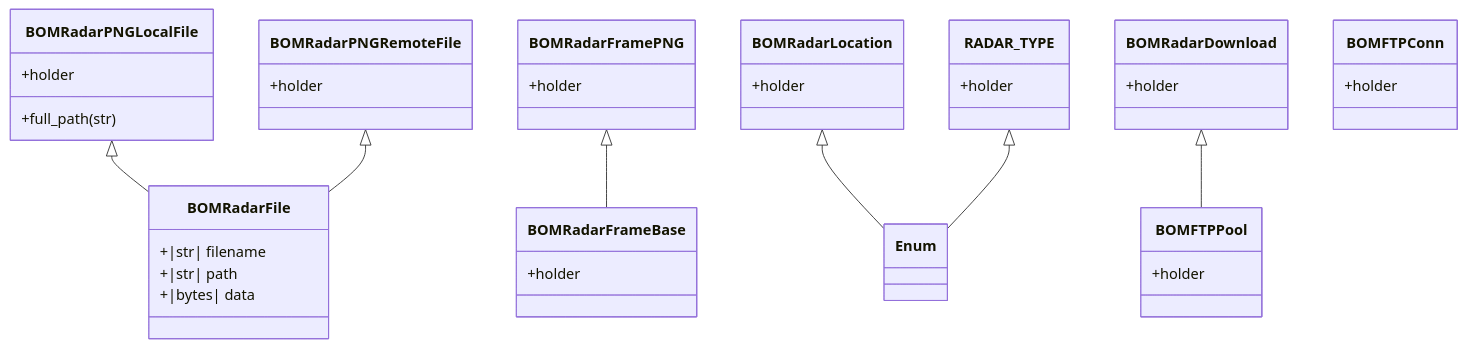
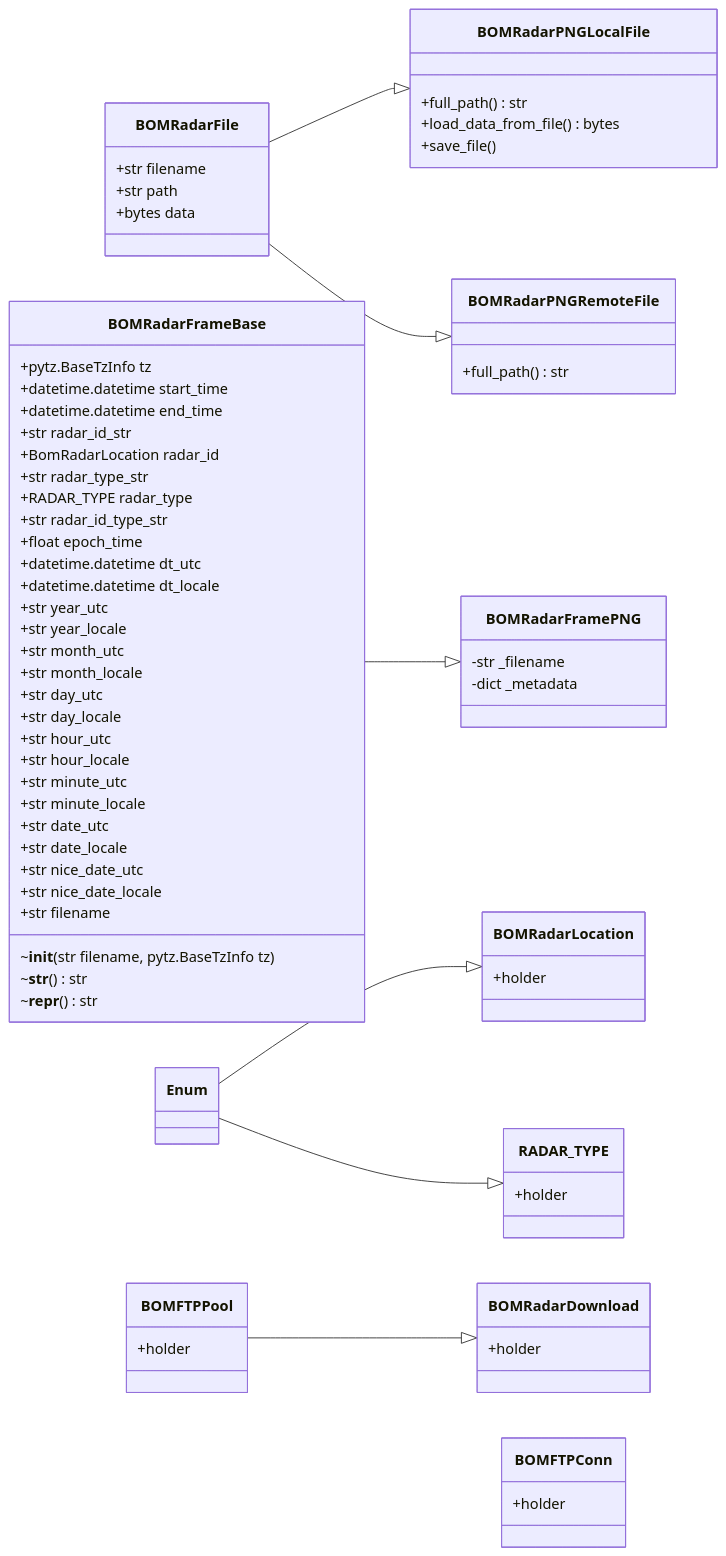
One commit to sugarlata/aus-weather-data changed the diagram in docs/source/classes/radar.md. Above: the diagram before and after it, drawn with Mermaid. The commit also changed other lines of this file and 45 other files, not shown here.

Commit message:
Improves download and repo architecture

````diff
--- a/docs/source/classes/radar.md
+++ b/docs/source/classes/radar.md
@@ -39,7 +39,9 @@
 ```mermaid
+
 
 classDiagram
 
+direction RL
 BOMRadarPNGLocalFile <|-- BOMRadarFile
 BOMRadarPNGRemoteFile <|-- BOMRadarFile
 BOMRadarFramePNG <|-- BOMRadarFrameBase
@@ -47,30 +49,59 @@
 RADAR_TYPE <|-- Enum
 BOMRadarDownload <|-- BOMFTPPool
 
-class BOMRadarFile {
-    +|str| filename
-    +|str| path
-    +|bytes| data
+class BOMRadarFile{
+    +str filename
+    +str path
+    +bytes data
 }
 
-class BOMRadarPNGLocalFile{
-    +full_path(str)
+class BOMRadarPNGLocalFile~BOMRadarFile~{
+    +full_path() str
+    +load_data_from_file() bytes
+    +save_file()
 }
 
-class BOMRadarPNGLocalFile {
-    +holder
-}
-
-class BOMRadarPNGRemoteFile {
-    +holder
+class BOMRadarPNGRemoteFile~BOMRadarFile~{
+    +full_path() str
 }
 
 class BOMRadarFrameBase {
-    +holder
+    +pytz.BaseTzInfo tz
+    +datetime.datetime start_time
+    +datetime.datetime end_time
+    ~__init__(str filename, pytz.BaseTzInfo tz)
+    ~__str__() str
+    ~__repr__() str
+    +str radar_id_str
+    +BomRadarLocation radar_id
+    +str radar_type_str
+    +RADAR_TYPE radar_type
+    +str radar_id_type_str
+    +float epoch_time
+    +datetime.datetime dt_utc
+    +datetime.datetime dt_locale
+    +str year_utc
+    +str year_locale
+    +str month_utc
+    +str month_locale
+    +str day_utc
+    +str day_locale
+    +str hour_utc
+    +str hour_locale
+    +str minute_utc
+    +str minute_locale
+    +str date_utc
+    +str date_locale
+    +str nice_date_utc
+    +str nice_date_locale
+    +str filename
+
+
 }
 
-class BOMRadarFramePNG {
-    +holder
+class BOMRadarFramePNG~BOMRadarFrameBase~{
+    -str _filename
+    -dict _metadata
 }
 
 class BOMRadarLocation {
````
